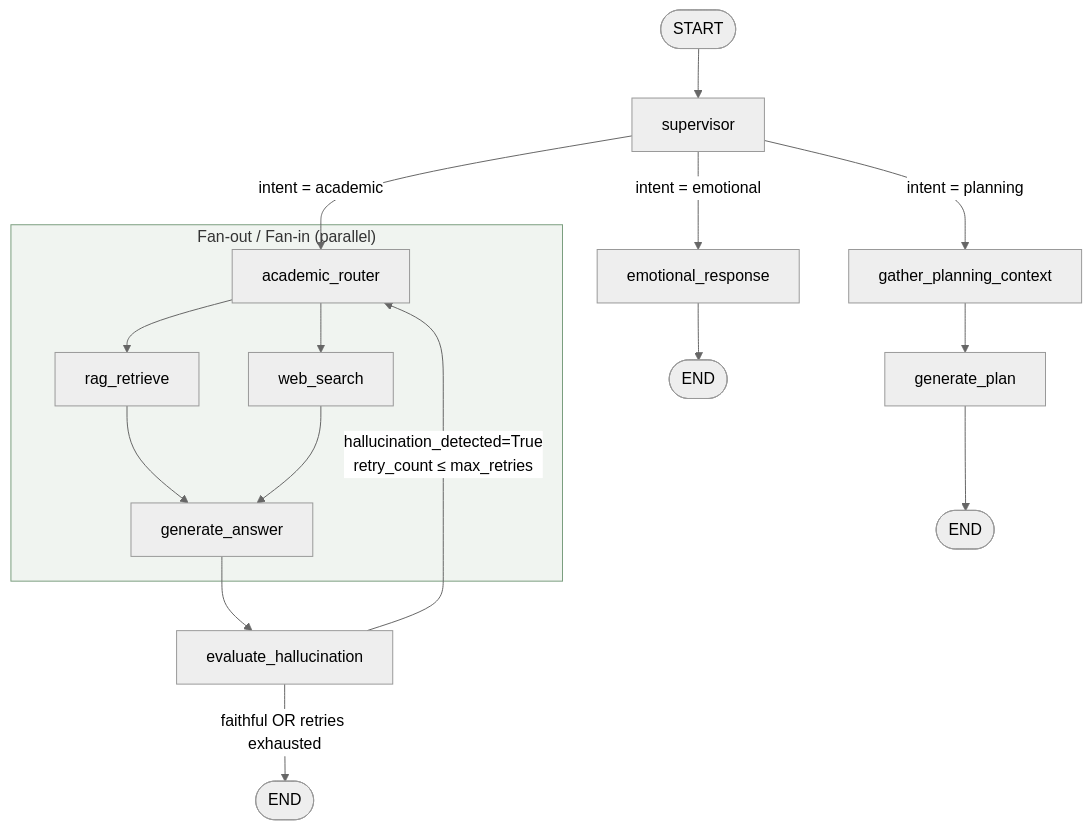
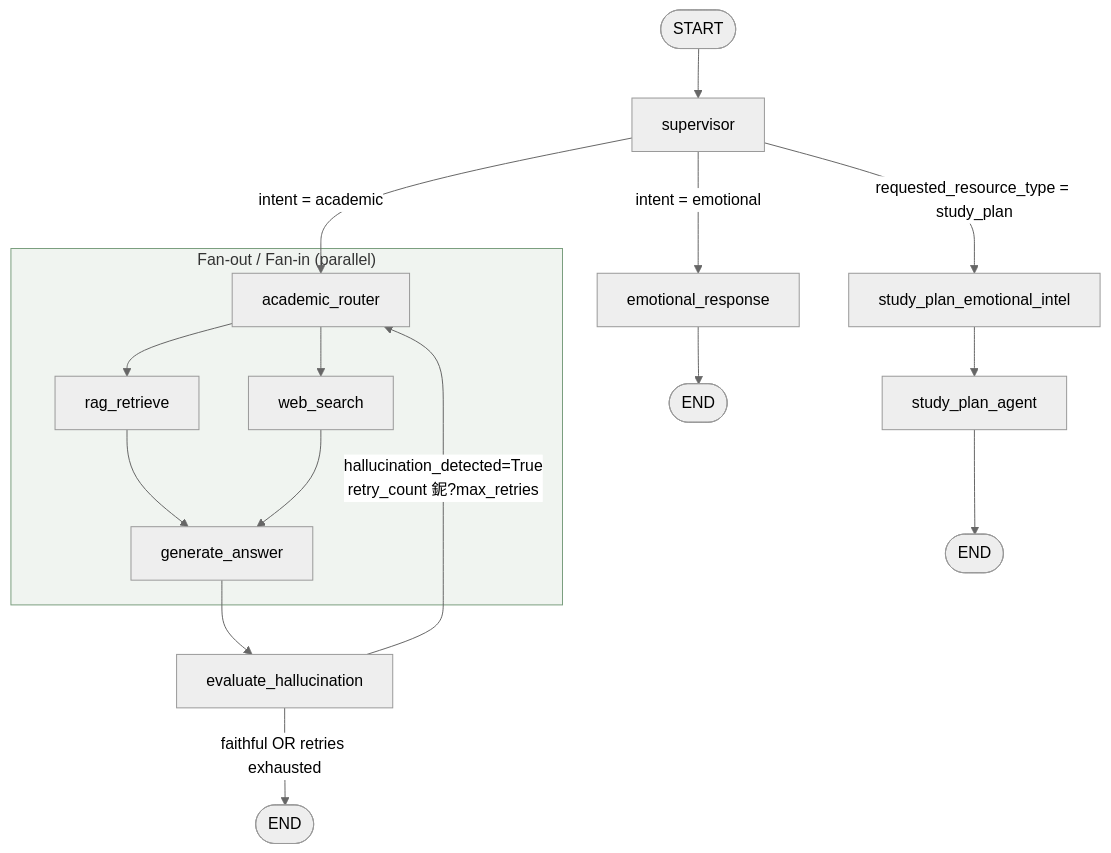
Before and after one commit to kyle-1227/A3_study_agent: the second of 5 diagrams in docs/architecture/v0.2.0/diagram_design.md, drawn with Mermaid (neutral theme). The commit also changed other lines of this file and 46 other files, not shown here.

````diff
--- a/docs/architecture/v0.2.0/diagram_design.md
+++ b/docs/architecture/v0.2.0/diagram_design.md
@@ -89,32 +89,32 @@
 ```mermaid
 flowchart TD
     START(["START"])
     END1(["END"])
     END2(["END"])
     END3(["END"])
 
     START --> supervisor
 
     supervisor -->|"intent = academic"| academic_router
-    supervisor -->|"intent = planning"| gather_planning_context
+    supervisor -->|"requested_resource_type = study_plan"| study_plan_emotional_intel
     supervisor -->|"intent = emotional"| emotional_response
 
     subgraph fan_out["Fan-out / Fan-in (parallel)"]
         academic_router --> rag_retrieve
         academic_router --> web_search
         rag_retrieve --> generate_answer
         web_search --> generate_answer
     end
 
     generate_answer --> evaluate_hallucination
 
-    evaluate_hallucination -->|"hallucination_detected=True\nretry_count ≤ max_retries"| academic_router
+    evaluate_hallucination -->|"hallucination_detected=True\nretry_count 鈮?max_retries"| academic_router
     evaluate_hallucination -->|"faithful OR retries exhausted"| END1
 
-    gather_planning_context --> generate_plan
-    generate_plan --> END2
+    study_plan_emotional_intel --> study_plan_agent
+    study_plan_agent --> END2
 
     emotional_response --> END3
 
     style fan_out fill:#f0f4f0,stroke:#7a9e7e
 ```
````
